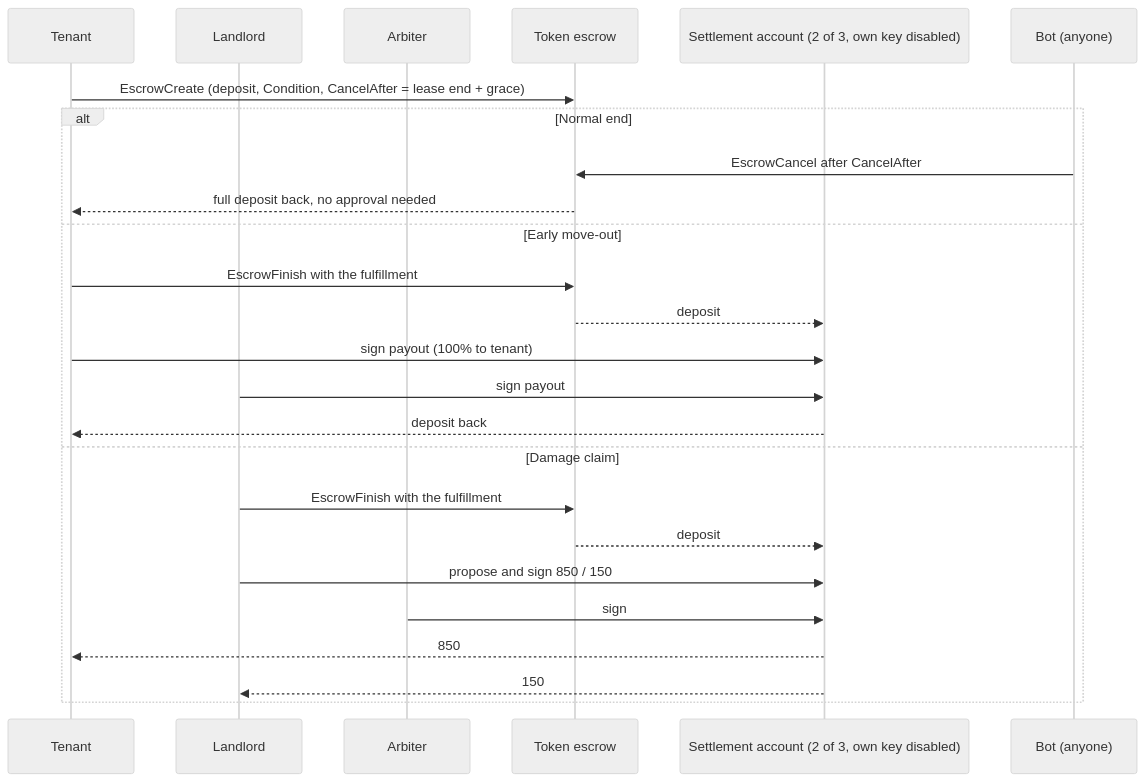
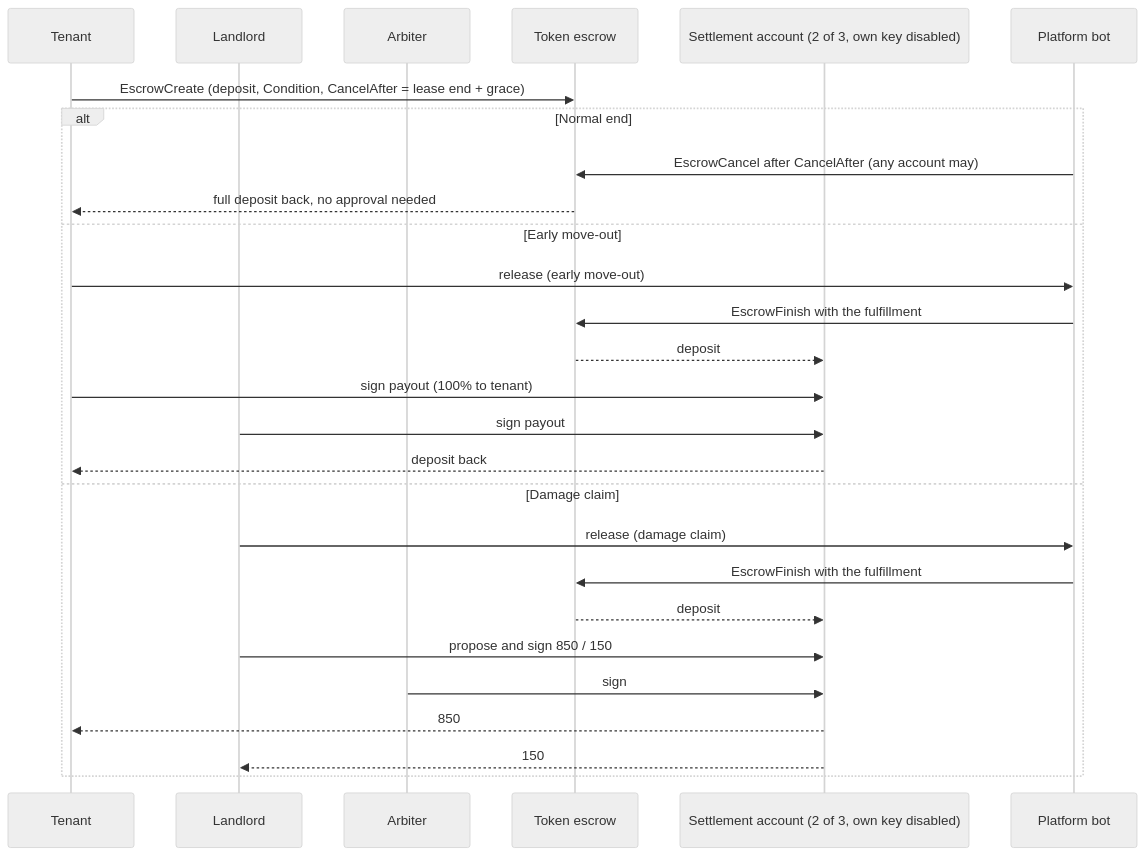
Before and after one commit to RelativelyBigMan/vindex: the diagram in README.md, drawn with Mermaid (neutral theme). The commit also changed other lines of this file and 1 other file, not shown here.

First line of the commit message:
Docs: release secret stays on the server, old databases, actions

````diff
--- a/README.md
+++ b/README.md
@@ -12,28 +12,30 @@
 ```mermaid
 sequenceDiagram
     participant T as Tenant
     participant L as Landlord
     participant A as Arbiter
     participant E as Token escrow
     participant S as Settlement account (2 of 3, own key disabled)
-    participant B as Bot (anyone)
+    participant B as Platform bot
 
     T->>E: EscrowCreate (deposit, Condition, CancelAfter = lease end + grace)
     alt Normal end
-        B->>E: EscrowCancel after CancelAfter
+        B->>E: EscrowCancel after CancelAfter (any account may)
         E-->>T: full deposit back, no approval needed
     else Early move-out
-        T->>E: EscrowFinish with the fulfillment
+        T->>B: release (early move-out)
+        B->>E: EscrowFinish with the fulfillment
         E-->>S: deposit
         T->>S: sign payout (100% to tenant)
         L->>S: sign payout
         S-->>T: deposit back
     else Damage claim
-        L->>E: EscrowFinish with the fulfillment
+        L->>B: release (damage claim)
+        B->>E: EscrowFinish with the fulfillment
         E-->>S: deposit
         L->>S: propose and sign 850 / 150
         A->>S: sign
         S-->>T: 850
         S-->>L: 150
     end
 ```
````
